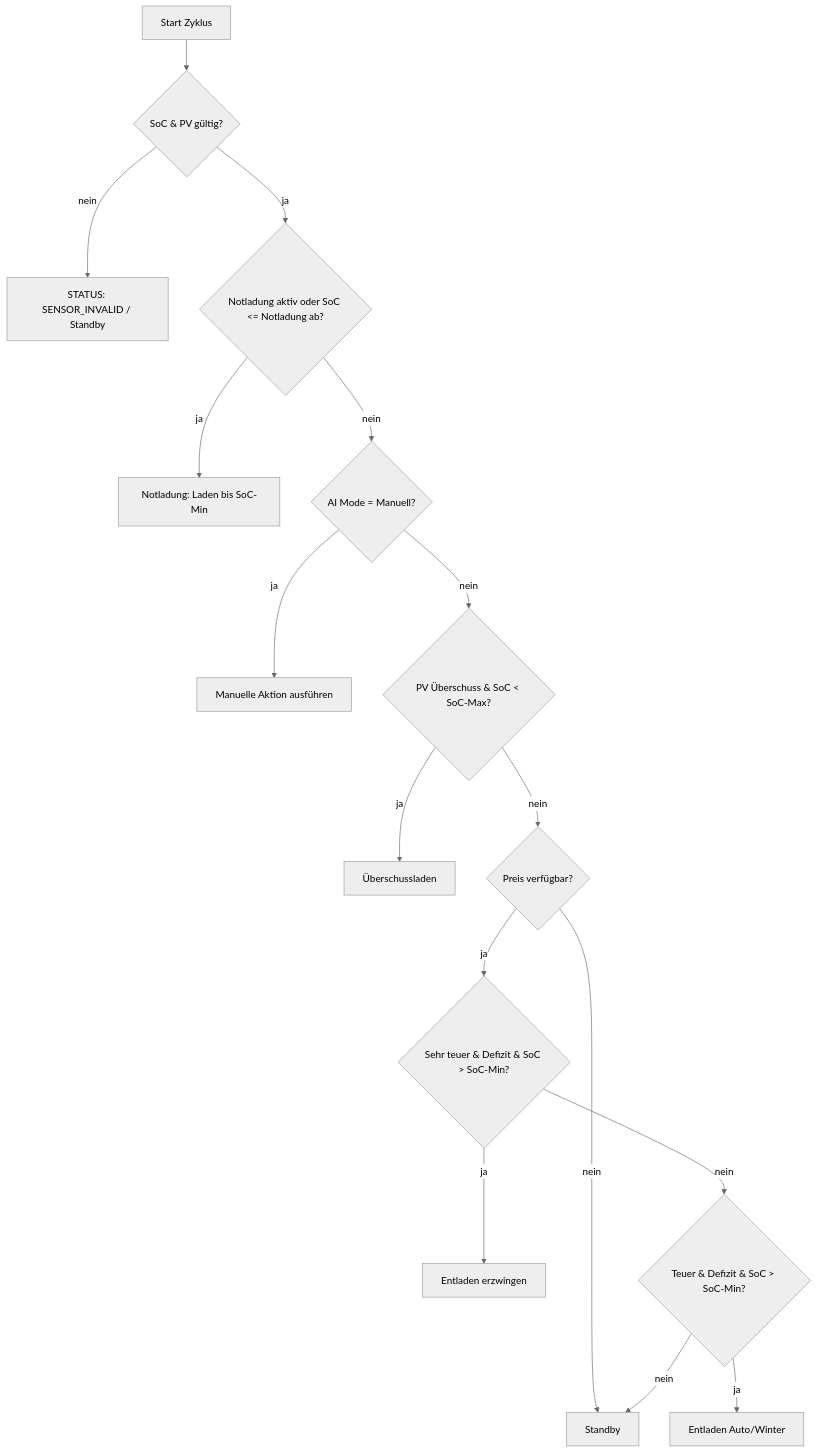
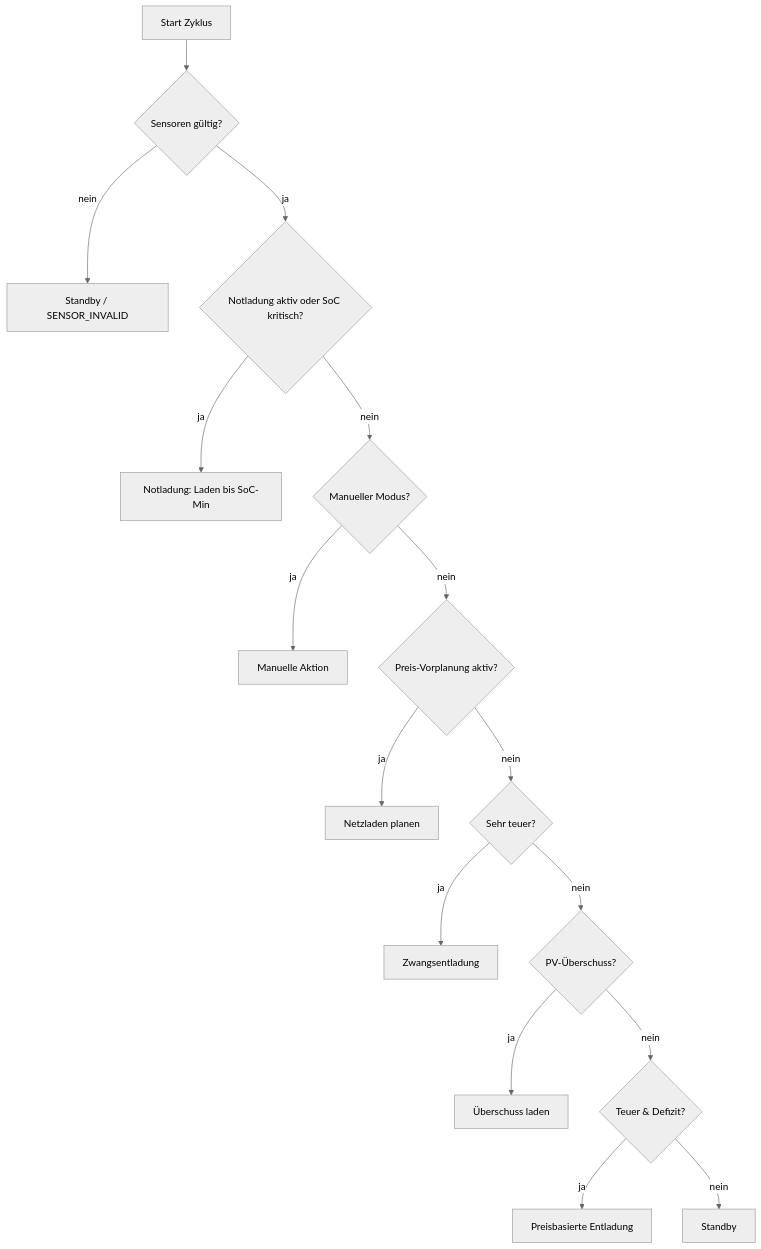
Before and after one commit to martinhoffmann90/zendure-smartflow-ai: the first of 3 diagrams in docs/anleitung.md, drawn with Mermaid (neutral theme). The commit also changed other lines of this file, not shown here.

````diff
--- a/docs/anleitung.md
+++ b/docs/anleitung.md
@@ -123,18 +106,18 @@
 ```mermaid
 flowchart TD
-  A[Start Zyklus] --> B{SoC & PV gültig?}
-  B -- nein --> X[STATUS: SENSOR_INVALID / Standby]
-  B -- ja --> C{Notladung aktiv oder SoC <= Notladung ab?}
-  C -- ja --> D[Notladung: Laden bis SoC-Min]
-  C -- nein --> E{AI Mode = Manuell?}
-  E -- ja --> F[Manuelle Aktion ausführen]
-  E -- nein --> G{PV Überschuss & SoC < SoC-Max?}
-  G -- ja --> H[Überschussladen]
-  G -- nein --> I{Preis verfügbar?}
-  I -- nein --> Z[Standby]
-  I -- ja --> J{Sehr teuer & Defizit & SoC > SoC-Min?}
-  J -- ja --> K[Entladen erzwingen]
-  J -- nein --> L{Teuer & Defizit & SoC > SoC-Min?}
-  L -- ja --> M[Entladen Auto/Winter]
-  L -- nein --> Z[Standby]
+    A[Start Zyklus] --> B{Sensoren gültig?}
+    B -- nein --> Z[Standby / SENSOR_INVALID]
+    B -- ja --> C{Notladung aktiv oder SoC kritisch?}
+    C -- ja --> D[Notladung: Laden bis SoC-Min]
+    C -- nein --> E{Manueller Modus?}
+    E -- ja --> F[Manuelle Aktion]
+    E -- nein --> G{Preis-Vorplanung aktiv?}
+    G -- ja --> H[Netzladen planen]
+    G -- nein --> I{Sehr teuer?}
+    I -- ja --> J[Zwangsentladung]
+    I -- nein --> K{PV-Überschuss?}
+    K -- ja --> L[Überschuss laden]
+    K -- nein --> M{Teuer & Defizit?}
+    M -- ja --> N[Preisbasierte Entladung]
+    M -- nein --> O[Standby]
 ```
````
